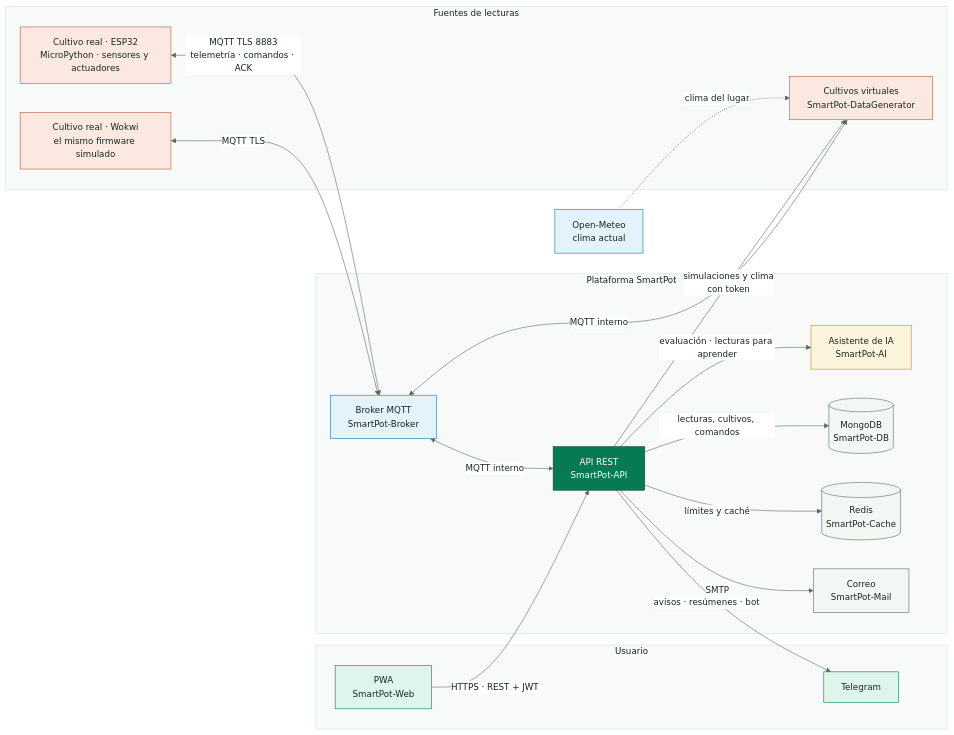
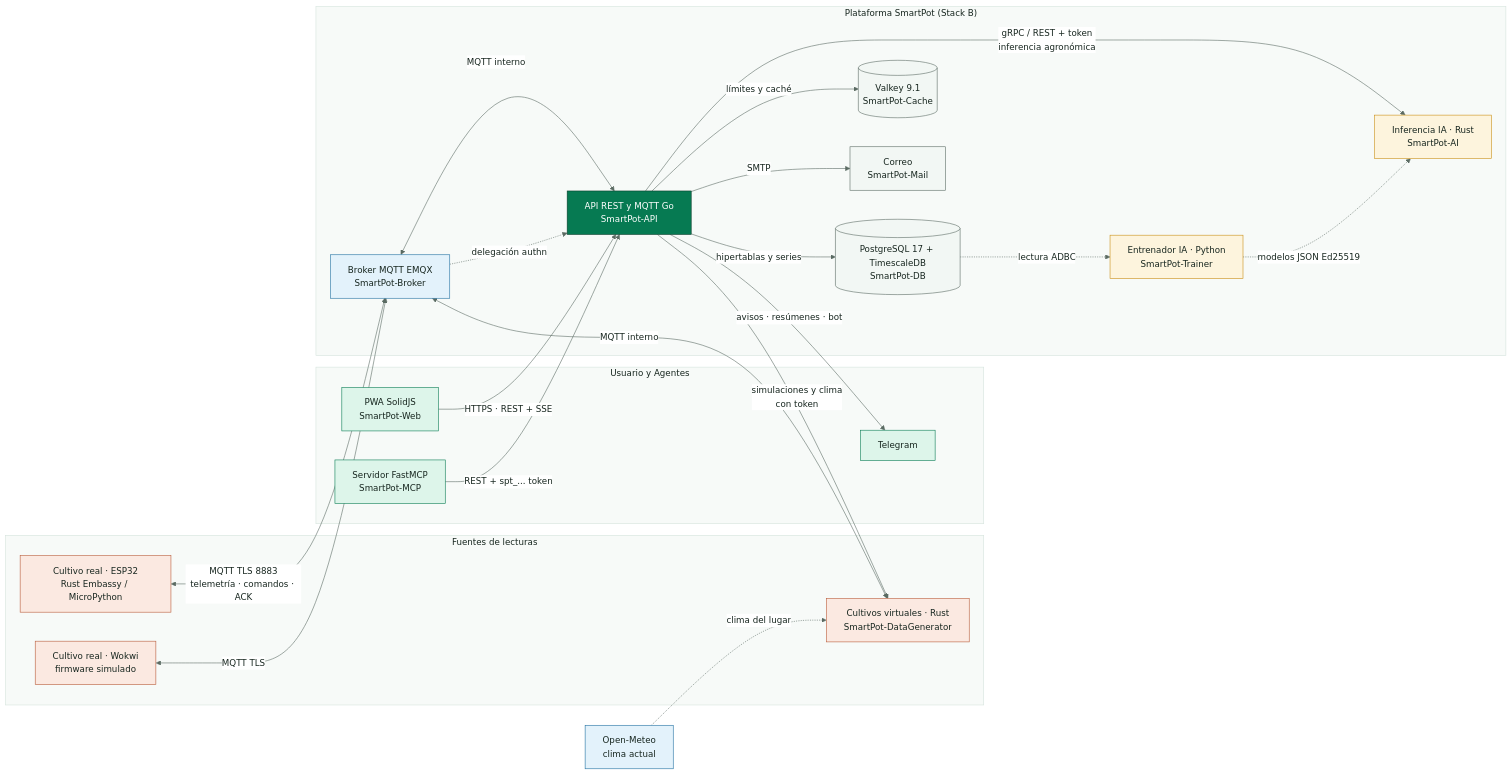
One commit to SmartPotTech/.github changed the diagram in docs/diagrams/SmartPot_01_Architecture.mmd. Above: the diagram before and after it, drawn with Mermaid. The commit also changed 21 other files, not shown here.

Commit message:
Update platform documentation and architecture diagrams for production Stack B [skip deploy] #no-deploy

```diff
--- a/docs/diagrams/SmartPot_01_Architecture.mmd
+++ b/docs/diagrams/SmartPot_01_Architecture.mmd
@@ -1,44 +1,50 @@
 %%{init: {"theme": "base", "fontFamily": "Segoe UI, Arial, sans-serif", "themeVariables": {"fontFamily": "Segoe UI, Arial, sans-serif", "fontSize": "15px", "primaryColor": "#DDF5EA", "primaryTextColor": "#17261F", "primaryBorderColor": "#067A52", "secondaryColor": "#E3F2FB", "secondaryTextColor": "#17261F", "secondaryBorderColor": "#1F6FA0", "tertiaryColor": "#F2F7F4", "tertiaryTextColor": "#17261F", "tertiaryBorderColor": "#D5E3DC", "lineColor": "#5B6B63", "textColor": "#17261F", "mainBkg": "#DDF5EA", "nodeBorder": "#067A52", "clusterBkg": "#F7FAF8", "clusterBorder": "#D5E3DC", "edgeLabelBackground": "#FFFFFF", "actorBkg": "#067A52", "actorBorder": "#0B3D2B", "actorTextColor": "#FFFFFF", "actorLineColor": "#5B6B63", "signalColor": "#17261F", "signalTextColor": "#17261F", "labelBoxBkgColor": "#0B3D2B", "labelBoxBorderColor": "#0B3D2B", "labelTextColor": "#FFFFFF", "loopTextColor": "#0B3D2B", "noteBkgColor": "#FDF4DD", "noteBorderColor": "#C98D12", "noteTextColor": "#17261F", "activationBkgColor": "#DDF5EA", "activationBorderColor": "#067A52", "attributeBackgroundColorOdd": "#FFFFFF", "attributeBackgroundColorEven": "#F2F7F4"}}}%%
 flowchart LR
   subgraph campo["Fuentes de lecturas"]
-    maceta["Cultivo real · ESP32<br/>MicroPython · sensores y actuadores"]
-    wokwi["Cultivo real · Wokwi<br/>el mismo firmware simulado"]
-    sim["Cultivos virtuales<br/>SmartPot-DataGenerator"]
+    maceta["Cultivo real · ESP32<br/>Rust Embassy / MicroPython"]
+    wokwi["Cultivo real · Wokwi<br/>firmware simulado"]
+    sim["Cultivos virtuales · Rust<br/>SmartPot-DataGenerator"]
   end
-  subgraph usuario["Usuario"]
-    pwa["PWA<br/>SmartPot-Web"]
+  subgraph usuario["Usuario y Agentes"]
+    pwa["PWA SolidJS<br/>SmartPot-Web"]
     tg["Telegram"]
+    mcp["Servidor FastMCP<br/>SmartPot-MCP"]
   end
-  subgraph plataforma["Plataforma SmartPot"]
-    broker["Broker MQTT<br/>SmartPot-Broker"]
-    api["API REST<br/>SmartPot-API"]
-    ai["Asistente de IA<br/>SmartPot-AI"]
-    db[("MongoDB<br/>SmartPot-DB")]
-    cache[("Redis<br/>SmartPot-Cache")]
+  subgraph plataforma["Plataforma SmartPot (Stack B)"]
+    broker["Broker MQTT EMQX<br/>SmartPot-Broker"]
+    api["API REST y MQTT Go<br/>SmartPot-API"]
+    ai["Inferencia IA · Rust<br/>SmartPot-AI"]
+    trainer["Entrenador IA · Python<br/>SmartPot-Trainer"]
+    db[("PostgreSQL 17 + TimescaleDB<br/>SmartPot-DB")]
+    cache[("Valkey 9.1<br/>SmartPot-Cache")]
     mail["Correo<br/>SmartPot-Mail"]
   end
   clima["Open-Meteo<br/>clima actual"]
   maceta <-->|"MQTT TLS 8883<br/>telemetría · comandos · ACK"| broker
   wokwi <-->|"MQTT TLS"| broker
   sim <-->|"MQTT interno"| broker
   clima -.->|"clima del lugar"| sim
   broker <-->|"MQTT interno"| api
-  pwa -->|"HTTPS · REST + JWT"| api
+  broker -.->|"delegación authn"| api
+  pwa -->|"HTTPS · REST + SSE"| api
+  mcp -->|"REST + spt_... token"| api
   api -->|"simulaciones y clima<br/>con token"| sim
-  api -->|"evaluación · lecturas para aprender"| ai
-  api -->|"lecturas, cultivos, comandos"| db
+  api -->|"gRPC / REST + token<br/>inferencia agronómica"| ai
+  db -.->|"lectura ADBC"| trainer
+  trainer -.->|"modelos JSON Ed25519"| ai
+  api -->|"hipertablas y series"| db
   api -->|"límites y caché"| cache
   api -->|"SMTP"| mail
   api -->|"avisos · resúmenes · bot"| tg
   classDef device fill:#FBE9E1,stroke:#B85A38,color:#17261F
   classDef edge fill:#E3F2FB,stroke:#1F6FA0,color:#17261F
   classDef core fill:#067A52,stroke:#0B3D2B,color:#FFFFFF
   classDef data fill:#F2F7F4,stroke:#5B6B63,color:#17261F
   classDef brain fill:#FDF4DD,stroke:#C98D12,color:#17261F
   classDef app fill:#DDF5EA,stroke:#067A52,color:#17261F
   class maceta,wokwi,sim device
   class broker,clima edge
   class api core
   class db,cache,mail data
-  class ai brain
-  class pwa,tg app
+  class ai,trainer brain
+  class pwa,tg,mcp app
```
